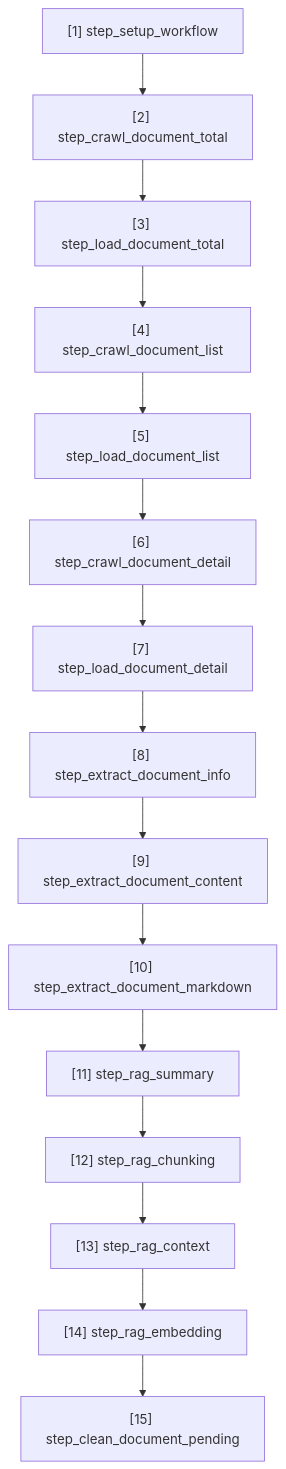
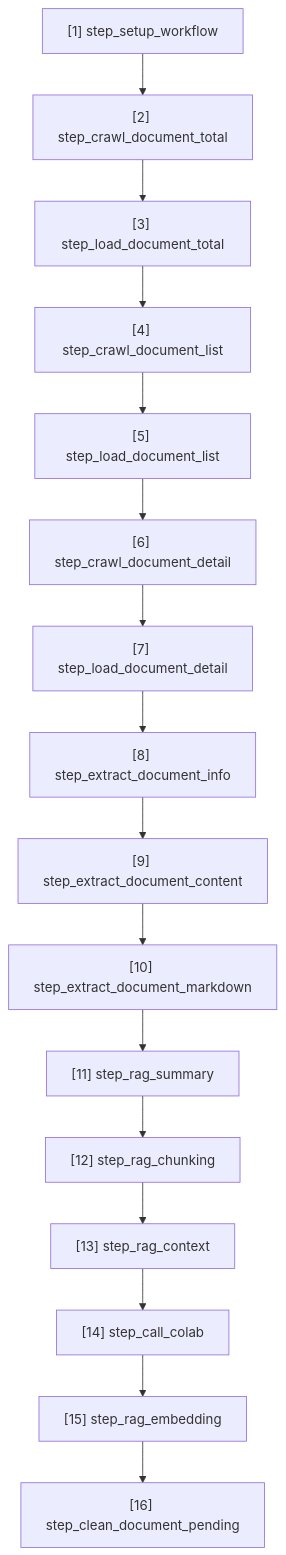
One commit to 20206205Tech/data-pipeline-vbpl changed the diagram in docs/workflow.md. Above: the diagram before and after it, drawn with Mermaid. The commit also changed 6 other files, not shown here.

Commit message:
step_call_colab

````diff
--- a/docs/workflow.md
+++ b/docs/workflow.md
@@ -3,34 +3,36 @@
 ```mermaid
 flowchart TD
     N1["[1] step_setup_workflow"]
     N2["[2] step_crawl_document_total"]
     N3["[3] step_load_document_total"]
     N4["[4] step_crawl_document_list"]
     N5["[5] step_load_document_list"]
     N6["[6] step_crawl_document_detail"]
     N7["[7] step_load_document_detail"]
     N8["[8] step_extract_document_info"]
     N9["[9] step_extract_document_content"]
     N10["[10] step_extract_document_markdown"]
     N11["[11] step_rag_summary"]
     N12["[12] step_rag_chunking"]
     N13["[13] step_rag_context"]
-    N14["[14] step_rag_embedding"]
-    N15["[15] step_clean_document_pending"]
+    N14["[14] step_call_colab"]
+    N15["[15] step_rag_embedding"]
+    N16["[16] step_clean_document_pending"]
 
     %% Các liên kết
     N1 --> N2
     N2 --> N3
     N3 --> N4
     N4 --> N5
     N5 --> N6
     N6 --> N7
     N7 --> N8
     N8 --> N9
     N9 --> N10
     N10 --> N11
     N11 --> N12
     N12 --> N13
     N13 --> N14
     N14 --> N15
+    N15 --> N16
 ```
````
